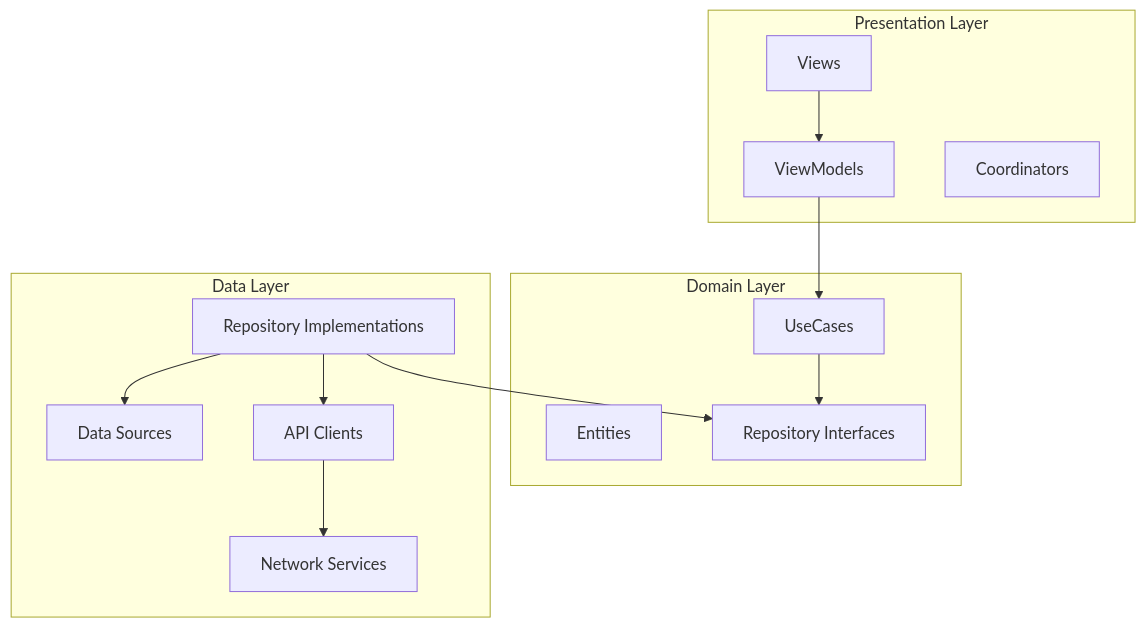
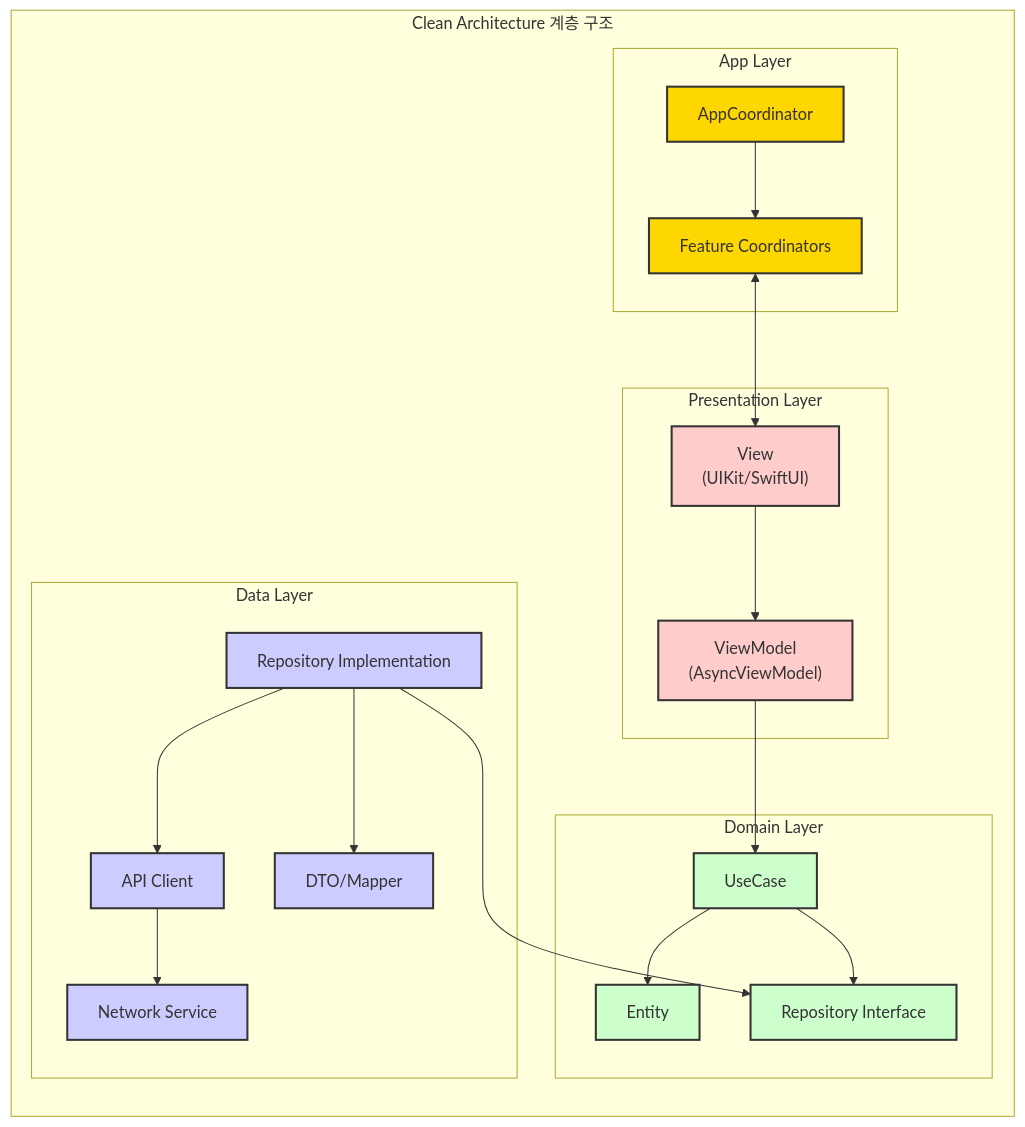
Before and after one commit to Jimmy-Jung/TossBankClone: the second of 4 diagrams in README.md, drawn with Mermaid. The commit also changed other lines of this file, not shown here.

````diff
--- a/README.md
+++ b/README.md
@@ -26,29 +74,53 @@
 ```mermaid
-graph TD
-    subgraph UI["Presentation Layer"]
-        Views["Views"]
-        ViewModels["ViewModels"]
-        Coordinators["Coordinators"]
+flowchart LR
+    subgraph "Clean Architecture 계층 구조"
+        subgraph App["App Layer"]
+            A1["AppCoordinator"]
+            A2["Feature Coordinators"]
+            
+            A1 --> A2
+        end
+        
+        subgraph Presentation["Presentation Layer"]
+            P1["View<br>(UIKit/SwiftUI)"]
+            P2["ViewModel<br>(AsyncViewModel)"]
+            
+            P1 --> P2
+        end
+        
+        subgraph Domain["Domain Layer"]
+            D1["UseCase"]
+            D2["Entity"]
+            D3["Repository Interface"]
+            
+            D1 --> D2
+            D1 --> D3
+        end
+        
+        subgraph Data["Data Layer"]
+            DA1["Repository Implementation"]
+            DA2["API Client"]
+            DA3["DTO/Mapper"]
+            
+            DA1 --> DA2
+            DA1 --> DA3
+            DA2 --> NS["Network Service"]
+        end
+        
+        %% 핵심 의존성 관계만 표시
+        A2 <--> P1
+        P2 --> D1
+        DA1 --> D3
     end
     
-    subgraph Domain["Domain Layer"]
-        UseCases["UseCases"]
-        Entities["Entities"]
-        RepositoryInterfaces["Repository Interfaces"]
-    end
+    %% 스타일링
+    classDef app fill:#ffd700,stroke:#333,stroke-width:2px
+    classDef presentation fill:#ffcccc,stroke:#333,stroke-width:2px
+    classDef domain fill:#ccffcc,stroke:#333,stroke-width:2px
+    classDef data fill:#ccccff,stroke:#333,stroke-width:2px
     
-    subgraph Data["Data Layer"]
-        RepositoryImplementations["Repository Implementations"]
-        DataSources["Data Sources"]
-        Network["Network Services"]
-        APIClients["API Clients"]
-    end
-    
-    Views --> ViewModels
-    ViewModels --> UseCases
-    UseCases --> RepositoryInterfaces
-    RepositoryImplementations --> RepositoryInterfaces
-    RepositoryImplementations --> DataSources
-    RepositoryImplementations --> APIClients
-    APIClients --> Network
+    class A1,A2 app
+    class P1,P2 presentation
+    class D1,D2,D3 domain
+    class DA1,DA2,DA3,NS data
 ```
````
